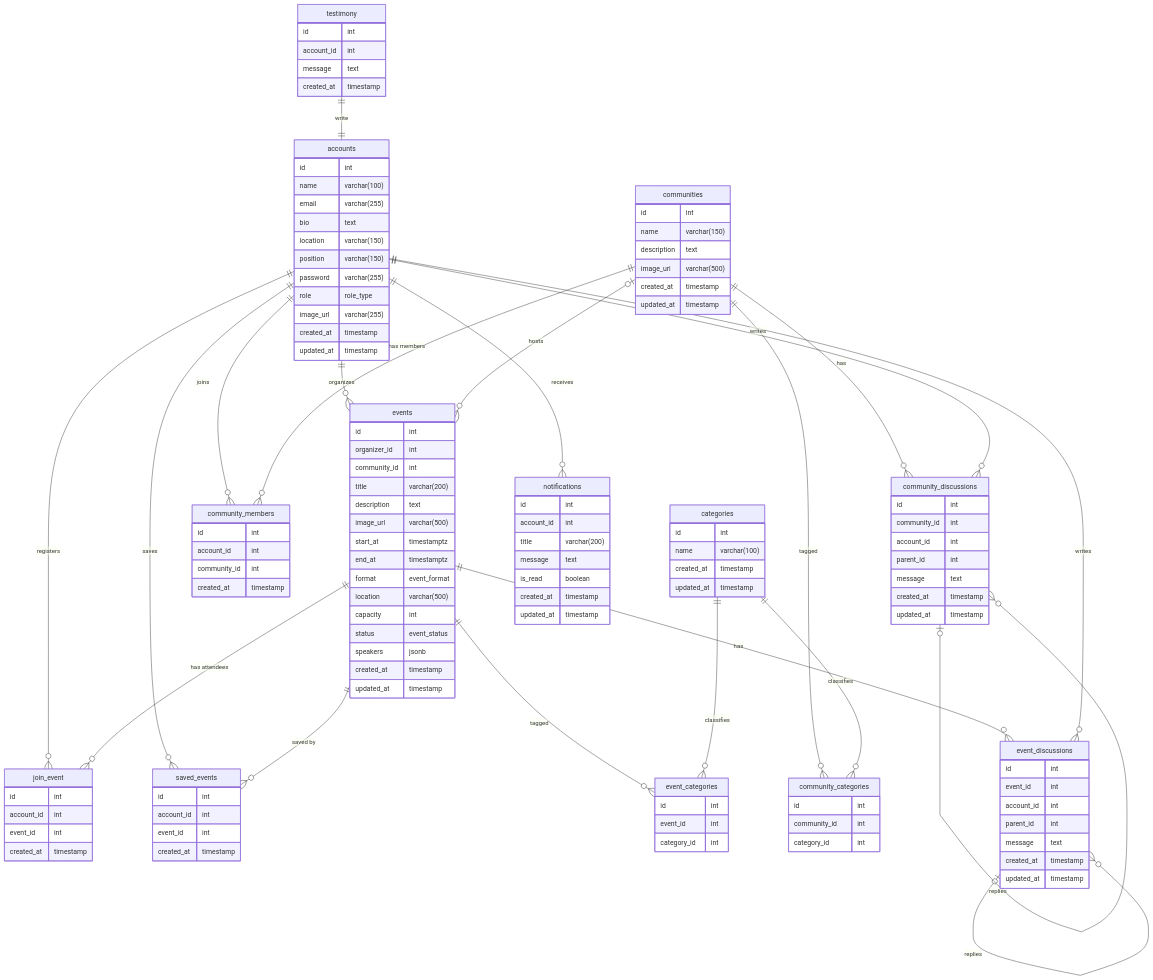
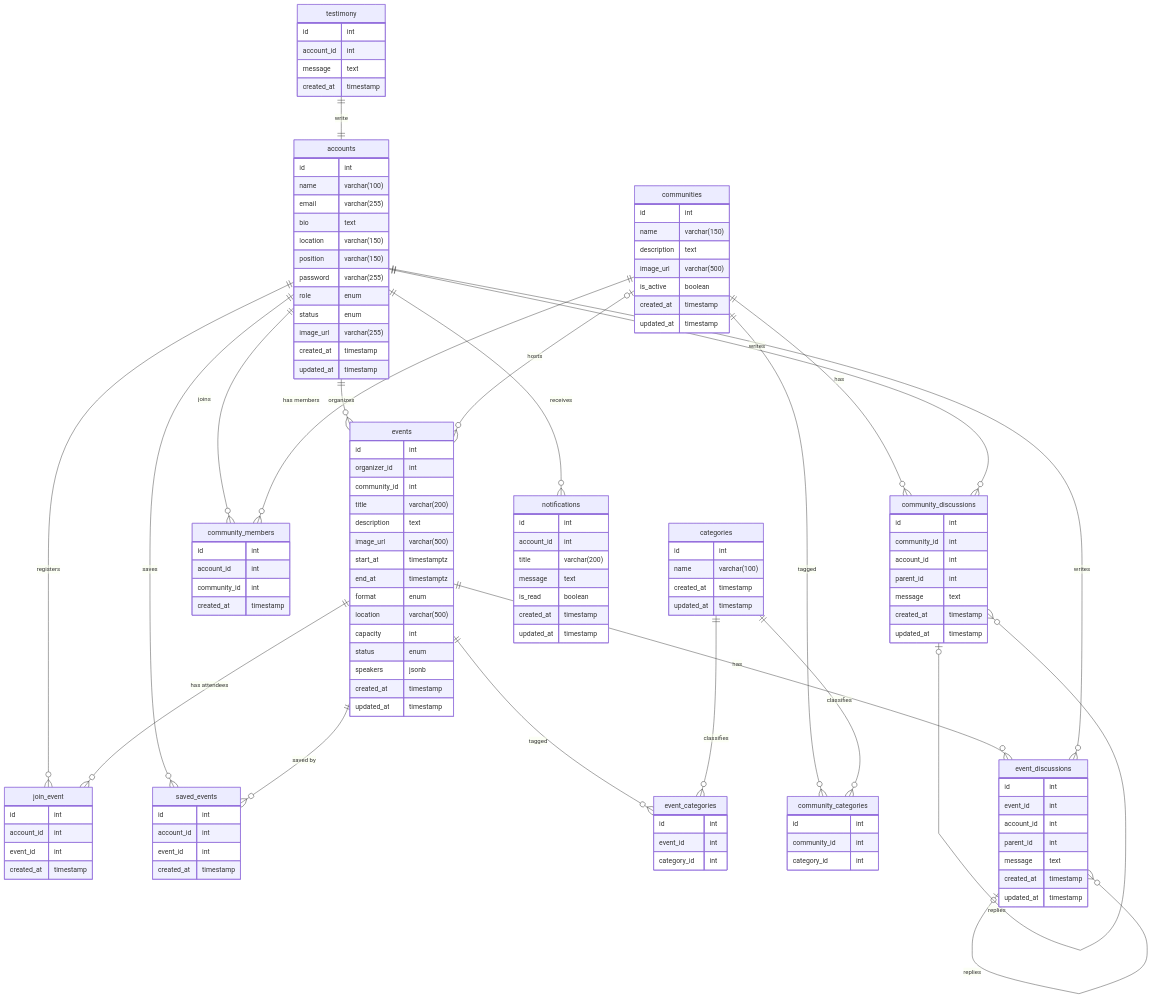
Before and after one commit to MGT06/koda-b9-database: the diagram in README.md, drawn with Mermaid.

Commit message:
refactor: change a some of field type data to enum type and adding the required fields

```diff
--- a/README.md
+++ b/README.md
@@ -13,7 +13,8 @@
         location varchar(150)
         position varchar(150)
         password varchar(255)
-        role role_type
+        role enum
+        status enum
         image_url varchar(255)
         created_at timestamp
         updated_at timestamp
@@ -24,6 +25,7 @@
         name varchar(150)
         description text
         image_url varchar(500)
+        is_active boolean
         created_at timestamp
         updated_at timestamp
     }
@@ -44,10 +46,10 @@
         image_url varchar(500)
         start_at timestamptz
         end_at timestamptz
-        format event_format
+        format enum
         location varchar(500)
         capacity int
-        status event_status
+        status enum
         speakers jsonb
         created_at timestamp
         updated_at timestamp
```
